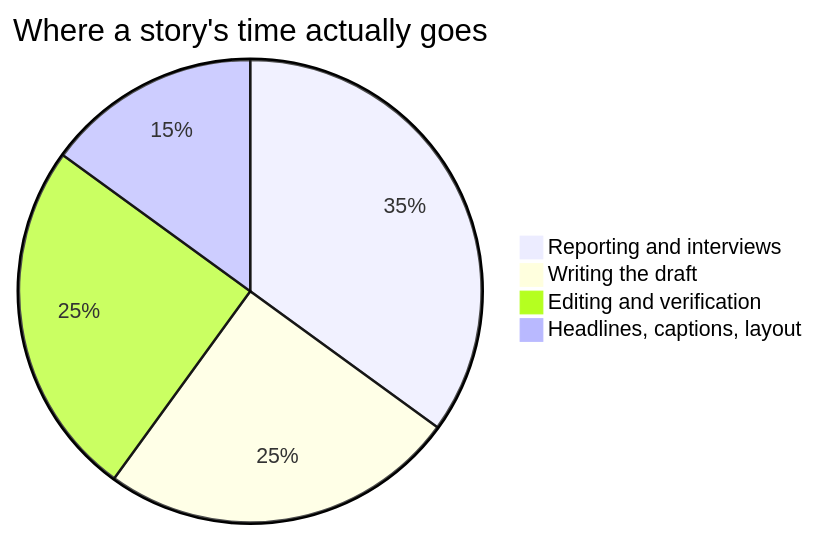
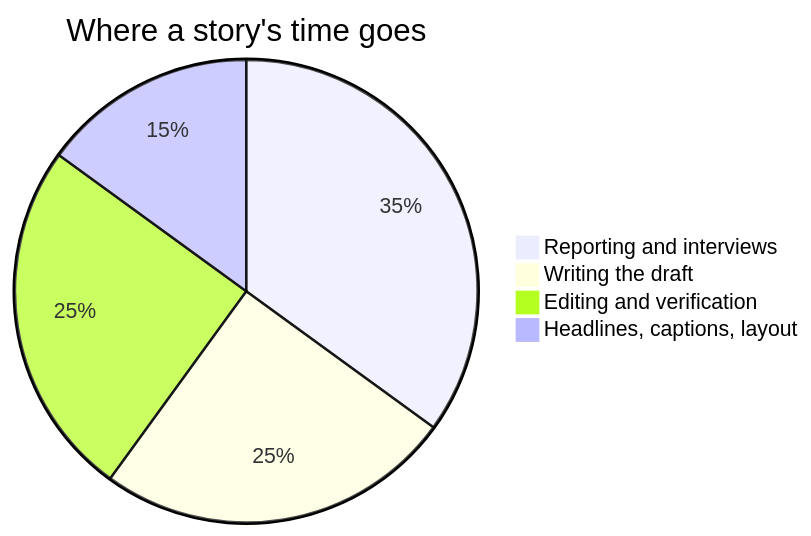
Before and after one commit to russellgordon/containerized-quartz-for-teachers: the second of 4 diagrams in support/example_content/TGJ2O/shared/Style/What This Site Can Do.md, drawn with Mermaid. The commit also changed 31 other files, not shown here.

First line of the commit message:
Pie titles fit the chart mermaid actually draws

````diff
--- a/support/example_content/TGJ2O/shared/Style/What This Site Can Do.md
+++ b/support/example_content/TGJ2O/shared/Style/What This Site Can Do.md
@@ -172,7 +172,7 @@
 ```mermaid
-pie title Where a story's time actually goes
+pie title Where a story's time goes
     "Reporting and interviews" : 35
     "Writing the draft" : 25
     "Editing and verification" : 25
     "Headlines, captions, layout" : 15
 ```
````
